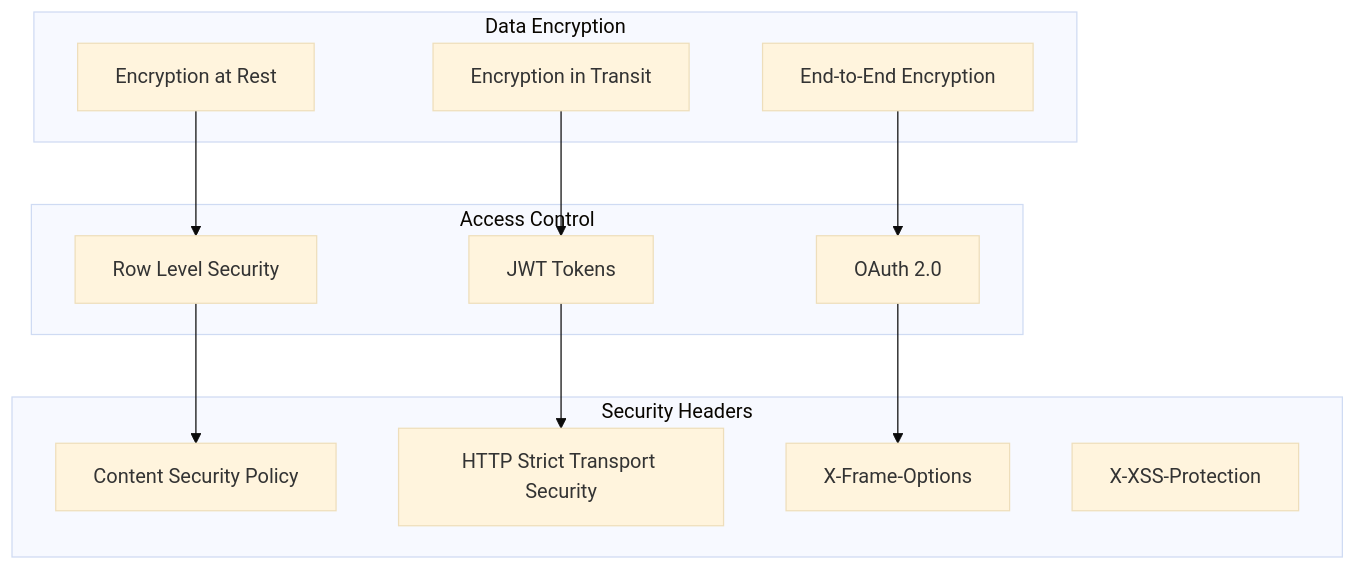
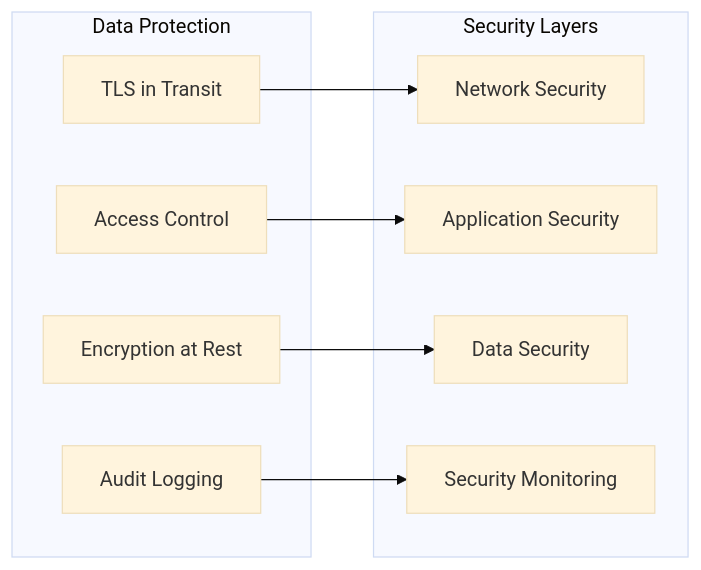
The sixth of 18 diagrams in docs/ARCHITECTURE.md (HenryVantieghem/Meridian-app), drawn with Mermaid (base theme) before and after one commit. The commit also changed other lines of this file and 8 other files, not shown here.

````diff
--- a/docs/ARCHITECTURE.md
+++ b/docs/ARCHITECTURE.md
@@ -242,28 +234,21 @@
 ```mermaid
-graph TB
-    subgraph "Data Encryption"
-        AtRest[Encryption at Rest]
-        InTransit[Encryption in Transit]
-        EndToEnd[End-to-End Encryption]
+graph LR
+    subgraph "Data Protection"
+        Encryption[Encryption at Rest]
+        Transit[TLS in Transit]
+        Access[Access Control]
+        Audit[Audit Logging]
     end
-
-    subgraph "Access Control"
-        RLS[Row Level Security]
-        JWT[JWT Tokens]
-        OAuth[OAuth 2.0]
+    
+    subgraph "Security Layers"
+        Network[Network Security]
+        Application[Application Security]
+        Data[Data Security]
+        Monitoring[Security Monitoring]
     end
-
-    subgraph "Security Headers"
-        CSP[Content Security Policy]
-        HSTS[HTTP Strict Transport Security]
-        XFrame[X-Frame-Options]
-        XSS[X-XSS-Protection]
-    end
-
-    AtRest --> RLS
-    InTransit --> JWT
-    EndToEnd --> OAuth
-    RLS --> CSP
-    JWT --> HSTS
-    OAuth --> XFrame
+    
+    Encryption --> Data
+    Transit --> Network
+    Access --> Application
+    Audit --> Monitoring
 ```
````
